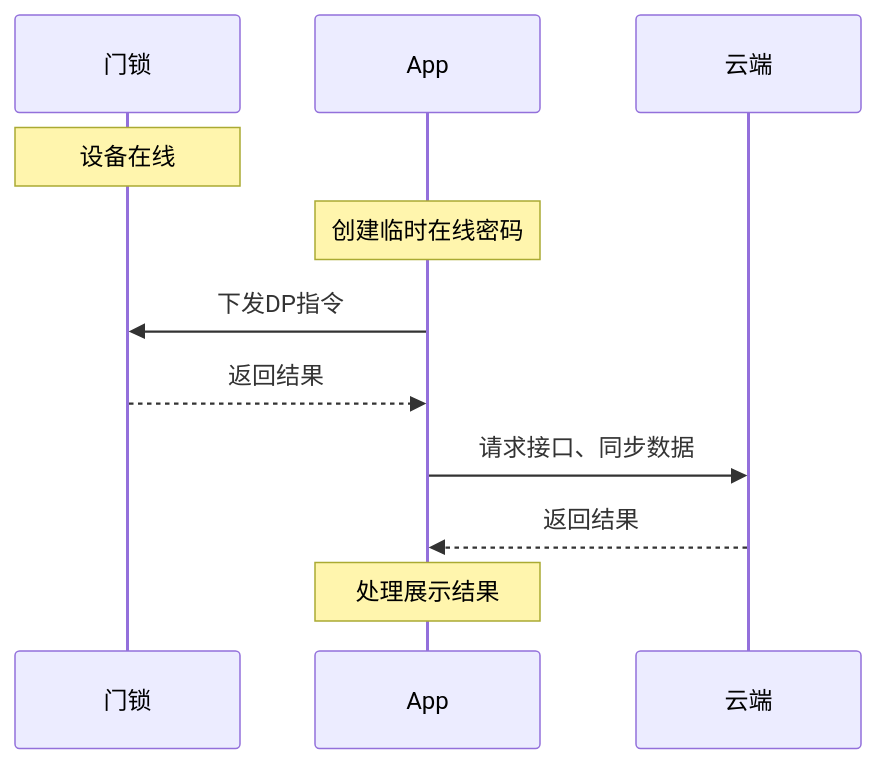
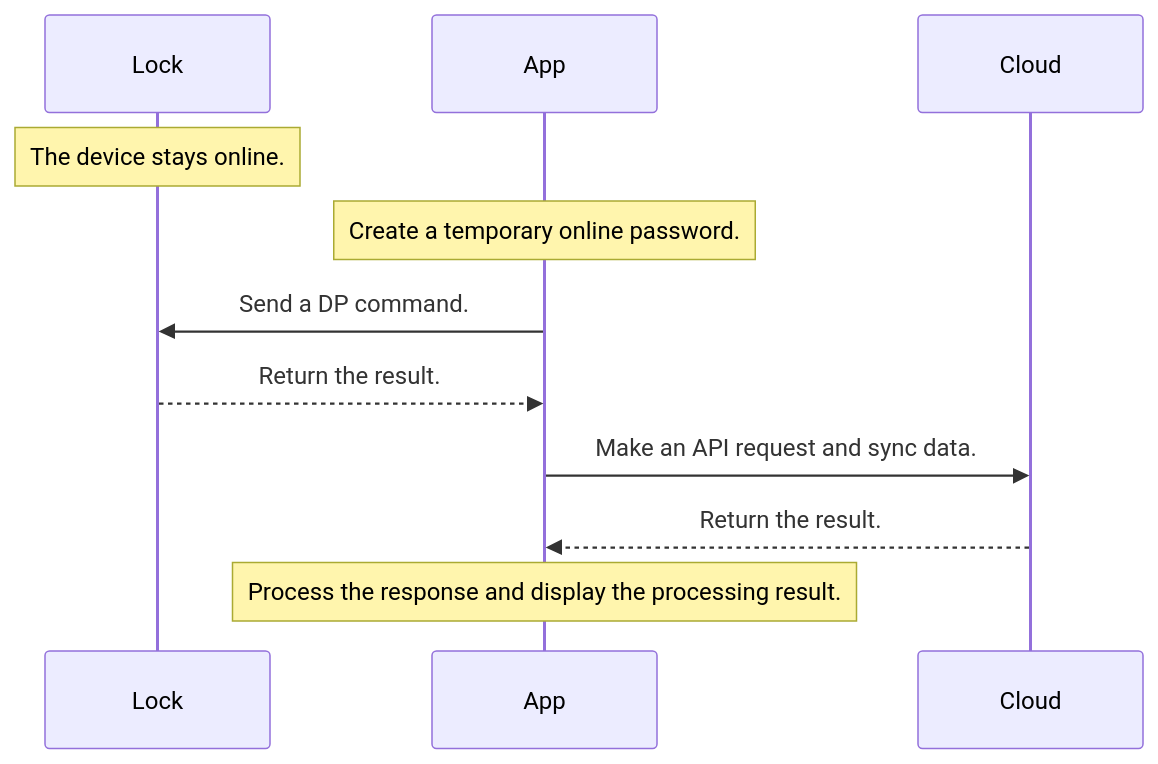
One commit to tuya/tuya-lock-android-demo changed the ninth of 11 diagrams in lock/README.md. Above: the diagram before and after it, drawn with Mermaid. The commit also changed other lines of this file and 1 other file, not shown here.

````diff
--- a/lock/README.md
+++ b/lock/README.md
@@ -1573,13 +1568,13 @@
 ```mermaid
 sequenceDiagram
-participant D as 门锁
+participant D as Lock
 participant A as App
-participant C as 云端
-Note over D: 设备在线
-Note over A: 创建临时在线密码
-A->>D: 下发DP指令
-D-->>A:返回结果
-A->>C: 请求接口、同步数据
-C-->>A: 返回结果
-Note over A: 处理展示结果
+participant C as Cloud
+Note over D: The device stays online.
+Note over A: Create a temporary online password.
+A->>D: Send a DP command.
+D-->>A: Return the result.
+A->>C: Make an API request and sync data.
+C-->>A: Return the result.
+Note over A: Process the response and display the processing result.
 ```
````
